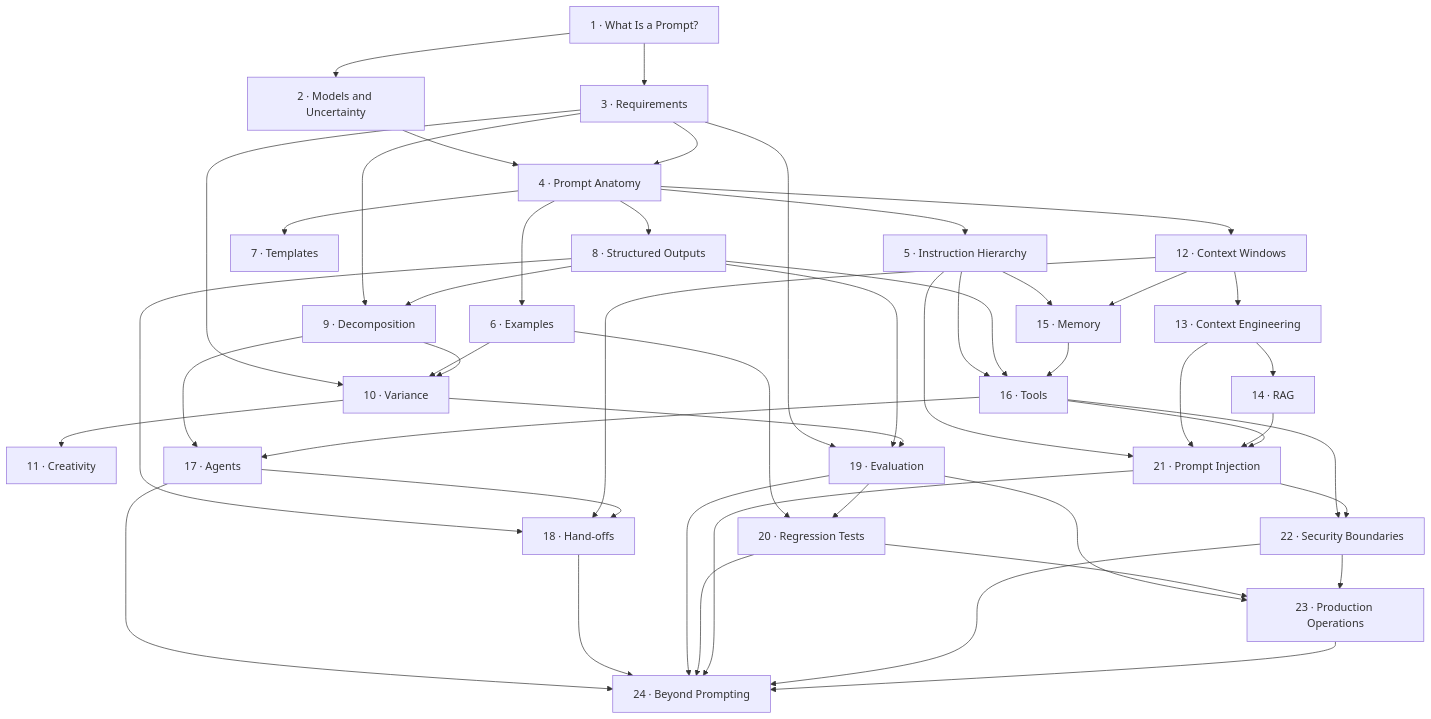
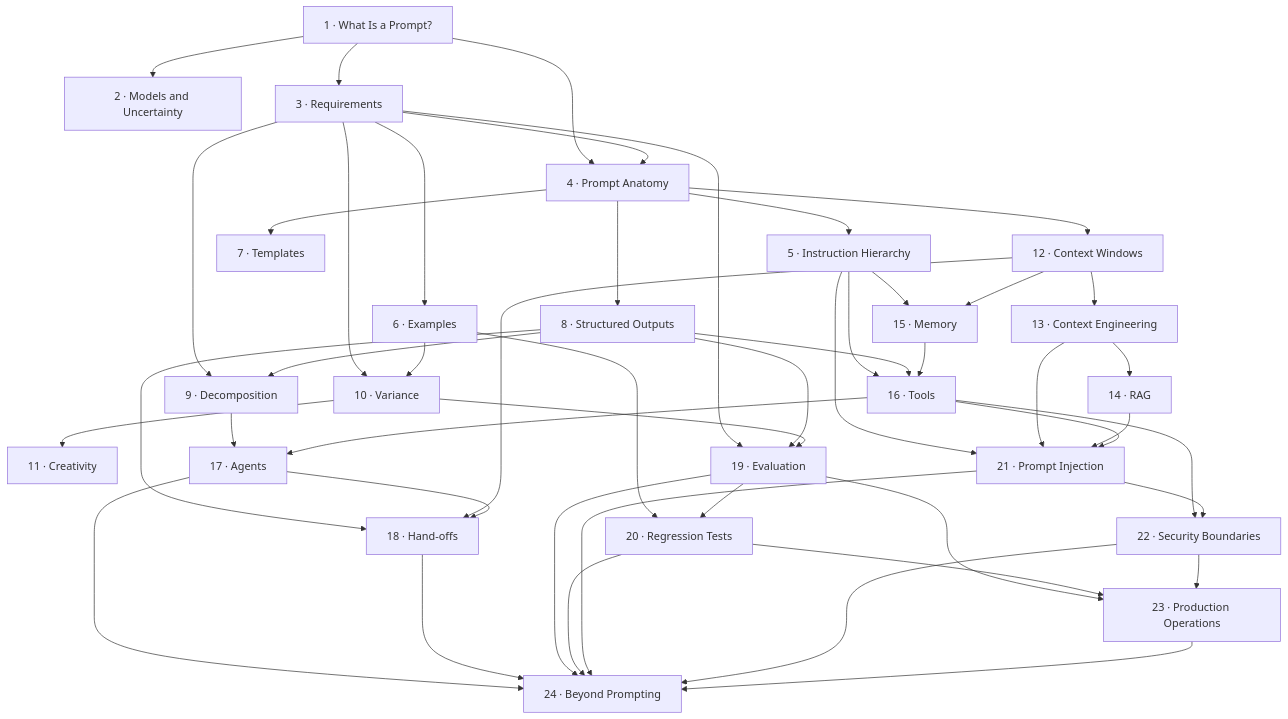
The diagram in book/project-charter.md (Uncle-Taki/tahmures), drawn with Mermaid before and after one commit. The commit also changed other lines of this file and 67 other files, not shown here.

````diff
--- a/book/project-charter.md
+++ b/book/project-charter.md
@@ -346,55 +350,54 @@
 ```mermaid
 flowchart TD
     C01["1 · What Is a Prompt?"] --> C02["2 · Models and Uncertainty"]
     C01 --> C03["3 · Requirements"]
-    C02 --> C04["4 · Prompt Anatomy"]
+    C01 --> C04["4 · Prompt Anatomy"]
     C03 --> C04
 
     C04 --> C05["5 · Instruction Hierarchy"]
-    C04 --> C06["6 · Examples"]
+    C03 --> C06["6 · Examples"]
     C04 --> C07["7 · Templates"]
     C04 --> C08["8 · Structured Outputs"]
 
     C03 --> C09["9 · Decomposition"]
     C08 --> C09
     C03 --> C10["10 · Variance"]
     C06 --> C10
-    C09 --> C10
     C10 --> C11["11 · Creativity"]
 
     C04 --> C12["12 · Context Windows"]
     C12 --> C13["13 · Context Engineering"]
     C13 --> C14["14 · RAG"]
     C05 --> C15["15 · Memory"]
     C12 --> C15
     C05 --> C16["16 · Tools"]
     C08 --> C16
     C15 --> C16
     C09 --> C17["17 · Agents"]
     C16 --> C17
     C08 --> C18["18 · Hand-offs"]
     C12 --> C18
     C17 --> C18
 
     C03 --> C19["19 · Evaluation"]
     C08 --> C19
     C10 --> C19
     C06 --> C20["20 · Regression Tests"]
     C19 --> C20
     C05 --> C21["21 · Prompt Injection"]
     C13 --> C21
     C14 --> C21
     C16 --> C21
     C16 --> C22["22 · Security Boundaries"]
     C21 --> C22
     C19 --> C23["23 · Production Operations"]
     C20 --> C23
     C22 --> C23
     C17 --> C24["24 · Beyond Prompting"]
     C18 --> C24
     C19 --> C24
     C20 --> C24
     C21 --> C24
     C22 --> C24
     C23 --> C24
 ```
````
